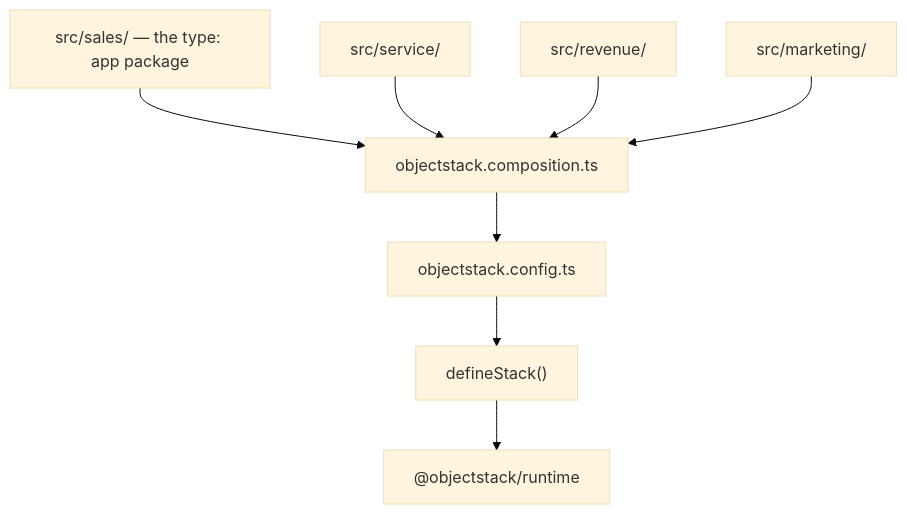
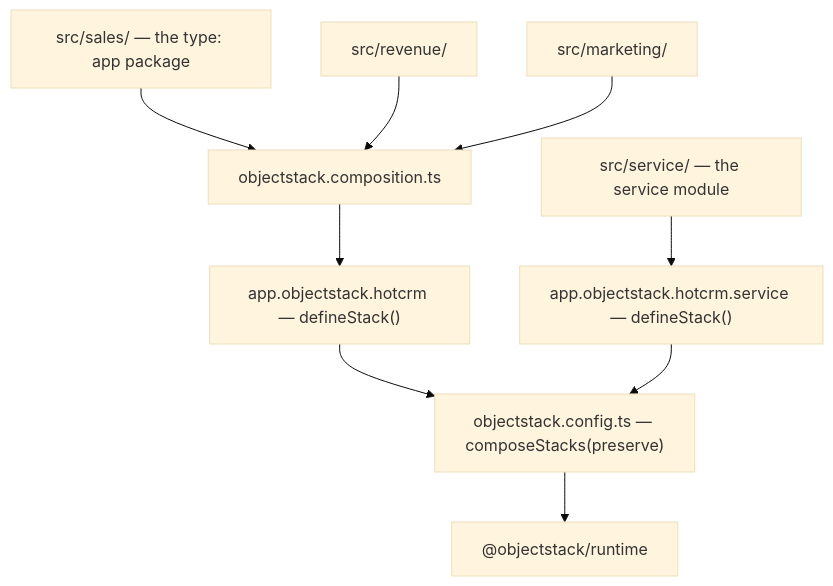
Before and after one commit to objectstack-ai/hotcrm: the diagram in docs/ARCHITECTURE.md, drawn with Mermaid (base theme). The commit also changed other lines of this file and 118 other files, not shown here.

First line of the commit message:
feat(packaging): sales is the app package, service a module, in one artifact

````diff
--- a/docs/ARCHITECTURE.md
+++ b/docs/ARCHITECTURE.md
@@ -13,10 +18,11 @@
 ```mermaid
 flowchart TD
   Sales["src/sales/ — the type: app package"] --> Composition["objectstack.composition.ts"]
-  Service["src/service/"] --> Composition
   Revenue["src/revenue/"] --> Composition
   Marketing["src/marketing/"] --> Composition
-  Composition --> Config["objectstack.config.ts"]
-  Config --> Stack["defineStack()"]
-  Stack --> Runtime["@objectstack/runtime"]
+  Composition --> AppStack["app.objectstack.hotcrm — defineStack()"]
+  Service["src/service/ — the service module"] --> ServiceStack["app.objectstack.hotcrm.service — defineStack()"]
+  AppStack --> Config["objectstack.config.ts — composeStacks(preserve)"]
+  ServiceStack --> Config
+  Config --> Runtime["@objectstack/runtime"]
 ```
````
